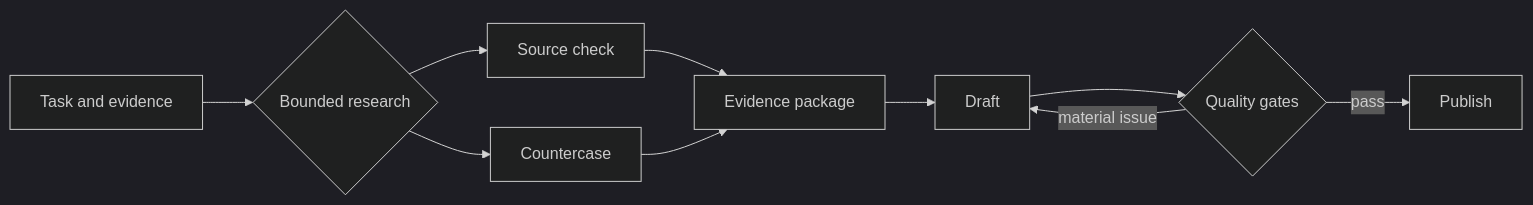
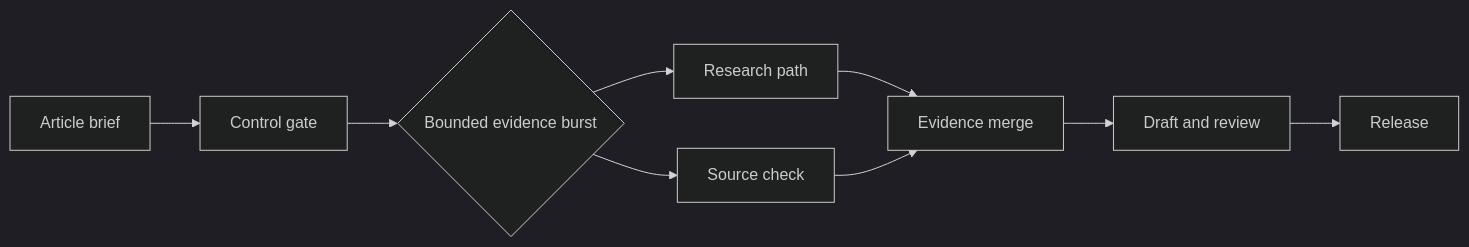
One commit to Herbertcuba/herbertcuba-personal-blog changed the second of 2 diagrams in src/drafts/df3f4646.md. Above: the diagram before and after it, drawn with Mermaid (dark theme). The commit also changed other lines of this file, not shown here.

Commit message:
draft(t_3af0b546): Use a Pipeline Until the Work Proves It Needs a Graph

````diff
--- a/src/drafts/df3f4646.md
+++ b/src/drafts/df3f4646.md
@@ -73,12 +53,11 @@
 ```mermaid
 flowchart LR
-  A[Task and evidence] --> R{Bounded research}
-  R --> S1[Source check]
-  R --> S2[Countercase]
-  S1 --> J[Evidence package]
-  S2 --> J
-  J --> W[Draft]
-  W --> G{Quality gates}
-  G -->|pass| P[Publish]
-  G -->|material issue| W
+    I["Article brief"] --> G["Control gate"]
+    G --> F{"Bounded evidence burst"}
+    F --> R["Research path"]
+    F --> V["Source check"]
+    R --> M["Evidence merge"]
+    V --> M
+    M --> D["Draft and review"]
+    D --> P["Release"]
 ```
````
